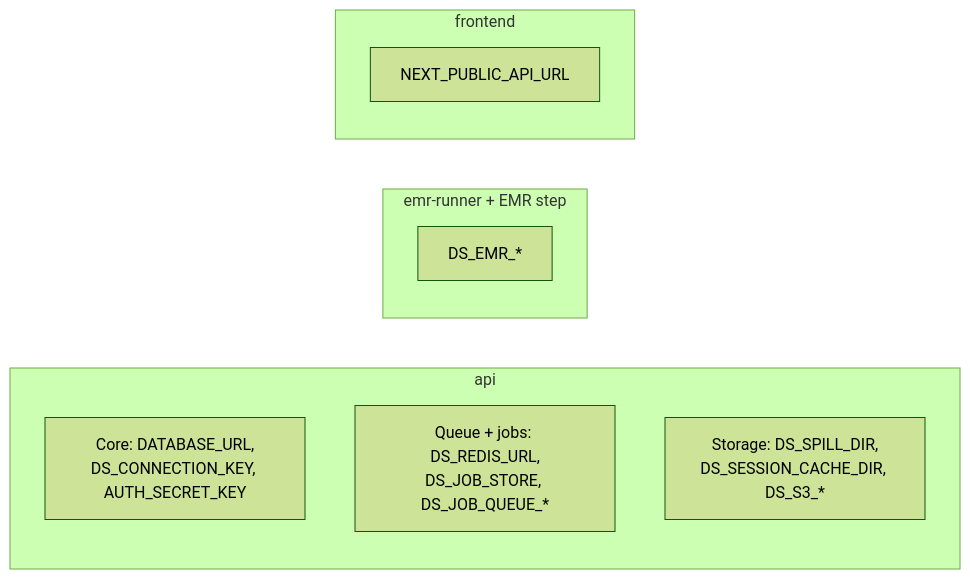
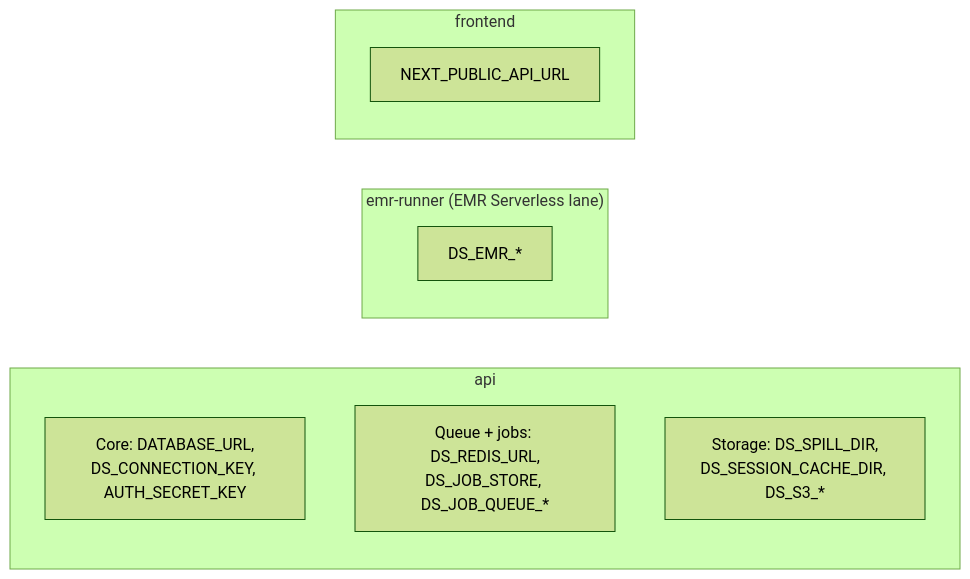
Before and after one commit to DataShield-sp18/data-shield-docs: the diagram in docs/operations/environment-variables.md, drawn with Mermaid (forest theme). The commit also changed other lines of this file and 6 other files, not shown here.

First line of the commit message:
docs(emr): rewrite big-job lane for EMR Serverless

````diff
--- a/docs/operations/environment-variables.md
+++ b/docs/operations/environment-variables.md
@@ -5,14 +5,14 @@
 ```mermaid
 flowchart LR
     subgraph API["api"]
         CORE["Core: DATABASE_URL,<br/>DS_CONNECTION_KEY, AUTH_SECRET_KEY"]
         Q["Queue + jobs: DS_REDIS_URL,<br/>DS_JOB_STORE, DS_JOB_QUEUE_*"]
         ST["Storage: DS_SPILL_DIR,<br/>DS_SESSION_CACHE_DIR, DS_S3_*"]
     end
-    subgraph RUN["emr-runner + EMR step"]
+    subgraph RUN["emr-runner (EMR Serverless lane)"]
         EMR["DS_EMR_*"]
     end
     subgraph FE["frontend"]
         NP["NEXT_PUBLIC_API_URL"]
     end
 ```
````
